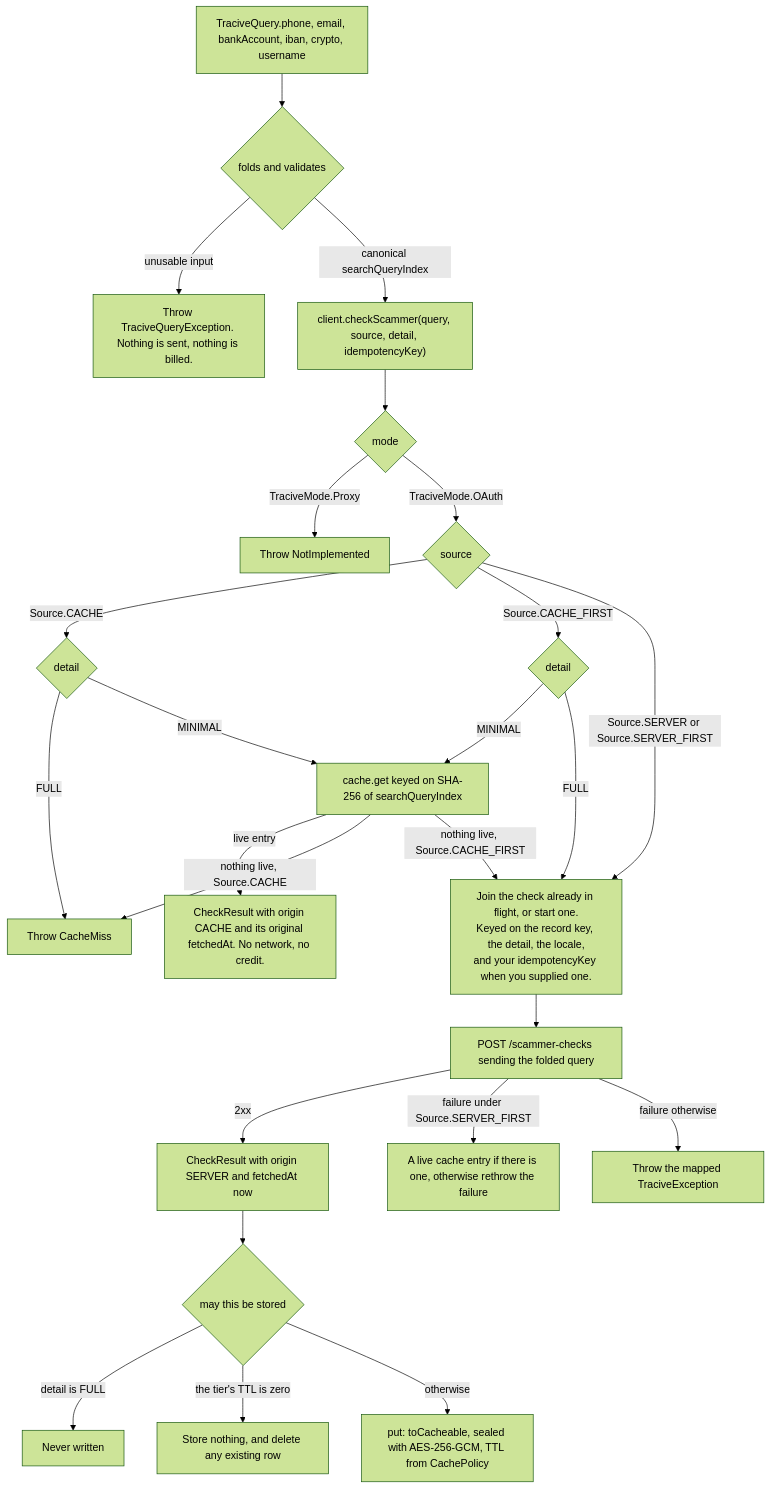
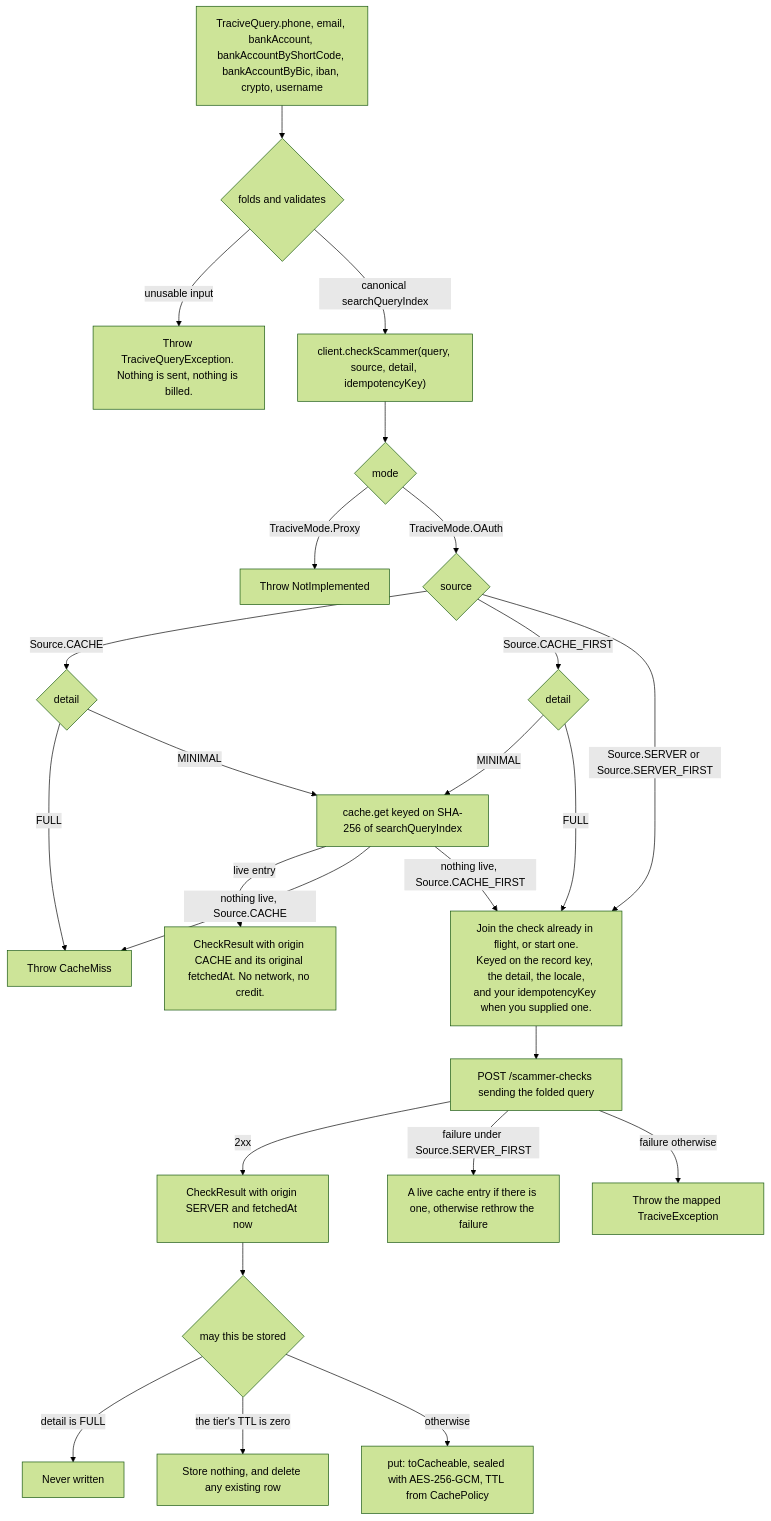
The fourth of 5 diagrams in docs/architecture.md (pleistocent/tracive-sdk-kotlin), drawn with Mermaid (forest theme) before and after one commit. The commit also changed other lines of this file and 19 other files, not shown here.

First line of the commit message:
feat: resolve a national bank code or BIC to Tracive's bank code

````diff
--- a/docs/architecture.md
+++ b/docs/architecture.md
@@ -226,27 +226,27 @@
 ```mermaid
 flowchart TD
-    Build["TraciveQuery.phone, email, bankAccount, iban, crypto, username"] --> Valid{"folds and validates"}
+    Build["TraciveQuery.phone, email, bankAccount, bankAccountByShortCode, bankAccountByBic, iban, crypto, username"] --> Valid{"folds and validates"}
     Valid -->|"unusable input"| Reject["Throw TraciveQueryException. Nothing is sent, nothing is billed."]
     Valid -->|"canonical searchQueryIndex"| Call["client.checkScammer(query, source, detail, idempotencyKey)"]
     Call --> Mode{"mode"}
     Mode -->|"TraciveMode.Proxy"| NotImpl["Throw NotImplemented"]
     Mode -->|"TraciveMode.OAuth"| Route{"source"}
     Route -->|"Source.CACHE"| OnlyDetail{"detail"}
     OnlyDetail -->|"FULL"| CacheMiss["Throw CacheMiss"]
     OnlyDetail -->|"MINIMAL"| Read["cache.get keyed on SHA-256 of searchQueryIndex"]
     Route -->|"Source.CACHE_FIRST"| FirstDetail{"detail"}
     FirstDetail -->|"MINIMAL"| Read
     FirstDetail -->|"FULL"| Latch["Join the check already in flight, or start one.<br/>Keyed on the record key, the detail, the locale,<br/>and your idempotencyKey when you supplied one."]
     Route -->|"Source.SERVER or Source.SERVER_FIRST"| Latch
     Latch --> Net["POST /scammer-checks sending the folded query"]
     Read -->|"live entry"| Hit["CheckResult with origin CACHE and its original fetchedAt. No network, no credit."]
     Read -->|"nothing live, Source.CACHE"| CacheMiss
     Read -->|"nothing live, Source.CACHE_FIRST"| Latch
     Net -->|"2xx"| Fresh["CheckResult with origin SERVER and fetchedAt now"]
     Net -->|"failure under Source.SERVER_FIRST"| Fallback["A live cache entry if there is one, otherwise rethrow the failure"]
     Net -->|"failure otherwise"| Fail["Throw the mapped TraciveException"]
     Fresh --> Store{"may this be stored"}
     Store -->|"detail is FULL"| NoStore["Never written"]
     Store -->|"the tier's TTL is zero"| Retract["Store nothing, and delete any existing row"]
     Store -->|"otherwise"| Put["put: toCacheable, sealed with AES-256-GCM, TTL from CachePolicy"]
 ```
````
